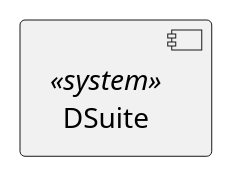
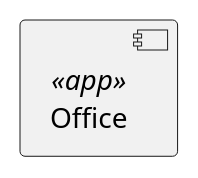
One commit to petersgiles/silver-octo-architecture changed the ninth of 11 diagrams in src/content/docs/includes/common.iuml. Above: the diagram before and after it, drawn with PlantUML. The commit also changed other lines of this file and 12 other files, not shown here.

```diff
--- a/src/content/docs/includes/common.iuml
+++ b/src/content/docs/includes/common.iuml
@@ -41,3 +60,3 @@
-@startuml(id=sys_dsuite)
-    component "DSuite" <<system>> as SYS_DSUITE 
+@startuml(id=app_ms_office)
+    component "Office" <<app>> as APP_MS_OFFICE 
 @enduml
```
